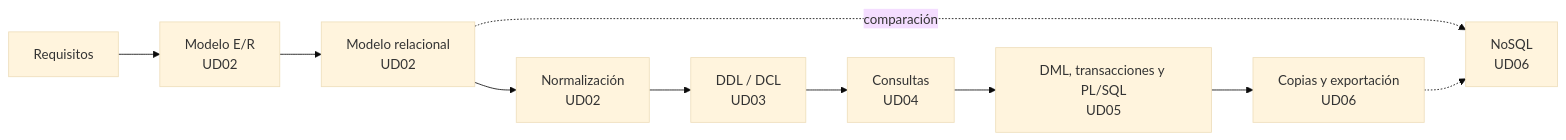
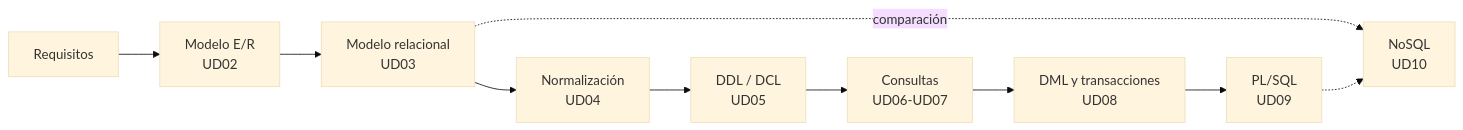
Before and after one commit to LorenaLResusta/GBD: the diagram in content.es/_index.md, drawn with Mermaid (base theme). The commit also changed other lines of this file and 376 other files, not shown here.

````diff
--- a/content.es/_index.md
+++ b/content.es/_index.md
@@ -25,12 +25,12 @@
 ```mermaid
 flowchart LR
     A[Requisitos] --> B[Modelo E/R<br/>UD02]
-    B --> C[Modelo relacional<br/>UD02]
-    C --> D[Normalización<br/>UD02]
-    D --> E[DDL / DCL<br/>UD03]
-    E --> F[Consultas<br/>UD04]
-    F --> G[DML, transacciones y PL/SQL<br/>UD05]
-    G --> H[Copias y exportación<br/>UD06]
-    C -.comparación.-> I[NoSQL<br/>UD06]
+    B --> C[Modelo relacional<br/>UD03]
+    C --> D[Normalización<br/>UD04]
+    D --> E[DDL / DCL<br/>UD05]
+    E --> F[Consultas<br/>UD06-UD07]
+    F --> G[DML y transacciones<br/>UD08]
+    G --> H[PL/SQL<br/>UD09]
+    C -.comparación.-> I[NoSQL<br/>UD10]
     H -.-> I
 ```
````
